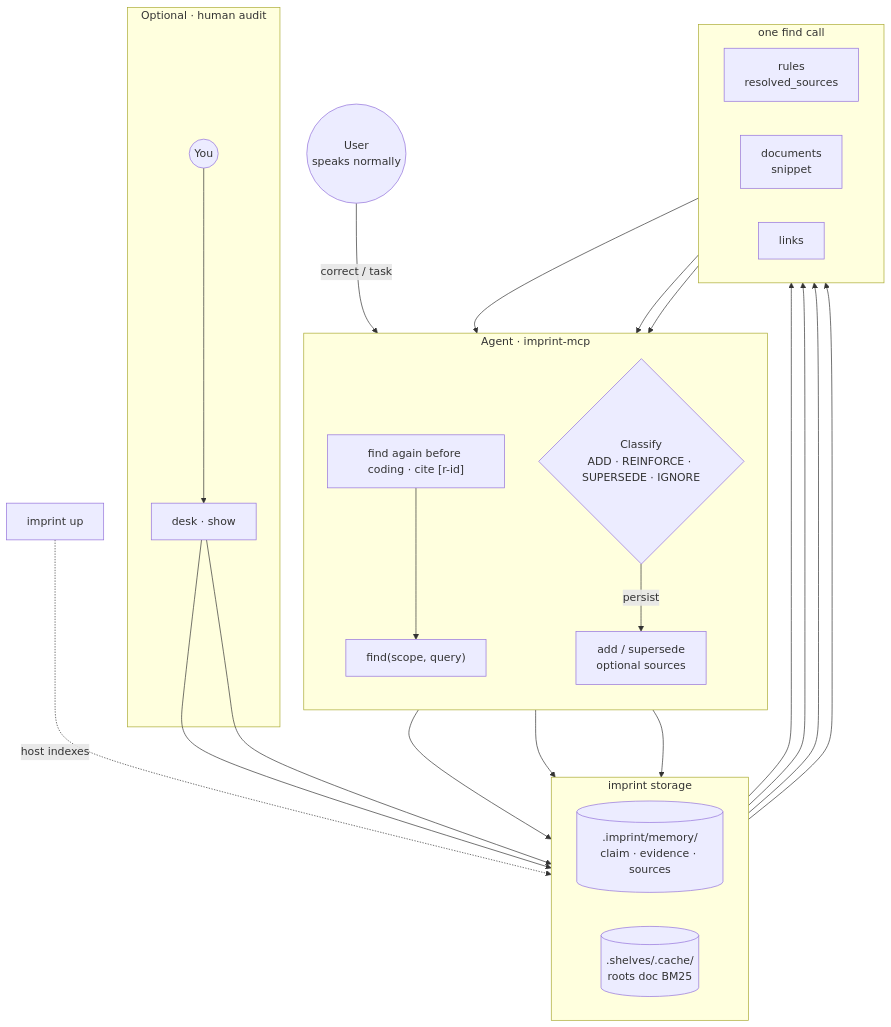
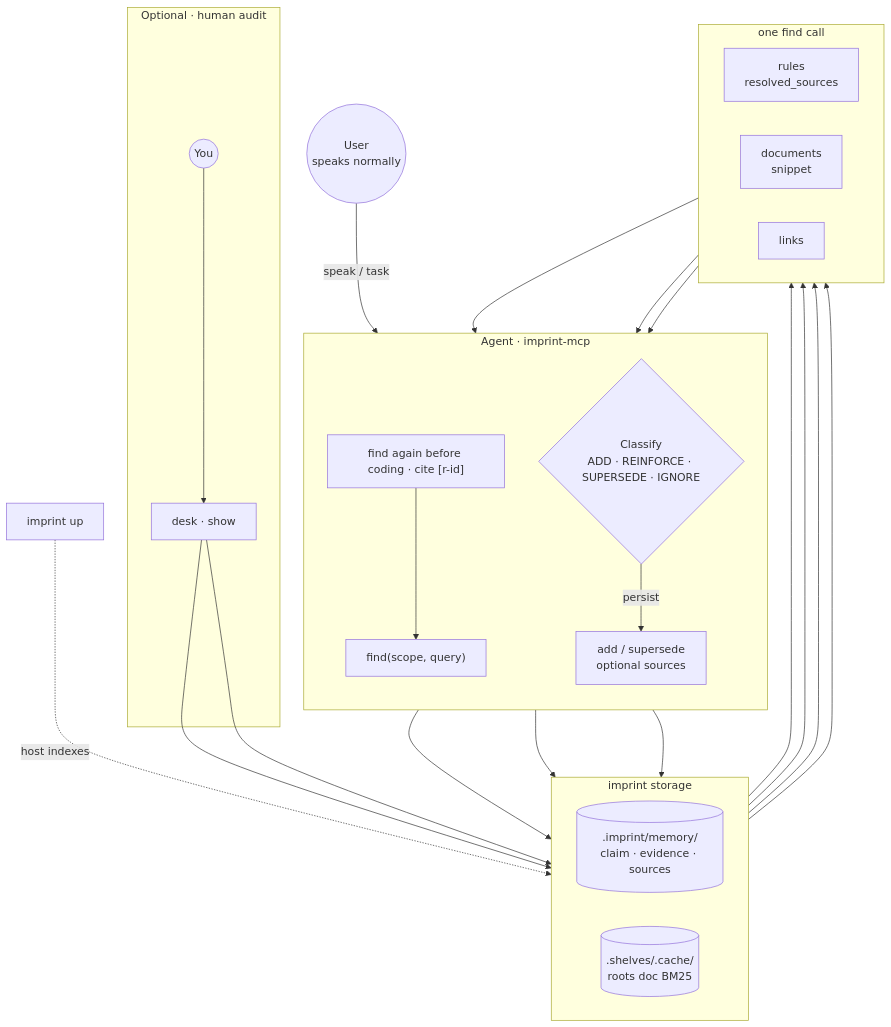
Before and after one commit to SteamedBread2333/imprint: the first of 2 diagrams in README.md, drawn with Mermaid. The commit also changed other lines of this file and 1 other file, not shown here.

````diff
--- a/README.md
+++ b/README.md
@@ -37,45 +47,45 @@
 ```mermaid
 flowchart TB
   U((User<br/>speaks normally))
 
   subgraph Agent["Agent · imprint-mcp"]
     direction TB
     F["find(scope, query)"]
     C{"Classify<br/>ADD · REINFORCE · SUPERSEDE · IGNORE"}
     W["add / supersede<br/>optional sources"]
     R["find again before coding · cite [r-id]"]
   end
 
   subgraph Store["imprint storage"]
     direction LR
     Vault[(".imprint/memory/<br/>claim · evidence · sources")]
     Shelves[(".shelves/.cache/<br/>roots doc BM25")]
   end
 
   subgraph FindOut["one find call"]
     direction LR
     FR["rules<br/>resolved_sources"]
     FD["documents<br/>snippet"]
     FL["links"]
   end
 
   subgraph Audit["Optional · human audit"]
     H((You)) --> Desk["desk · show"]
   end
 
   UP["imprint up"] -.->|host indexes| Shelves
 
-  U -->|correct / task| Agent
+  U -->|speak / task| Agent
   F --> Vault
   F --> Shelves
   Vault --> FR
   Shelves --> FD
   Vault --> FL
   Shelves --> FL
   FR & FD & FL --> C
   C -->|persist| W
   W --> Vault
   R --> F
   Desk --> Vault
   Desk --> Shelves
 ```
````
